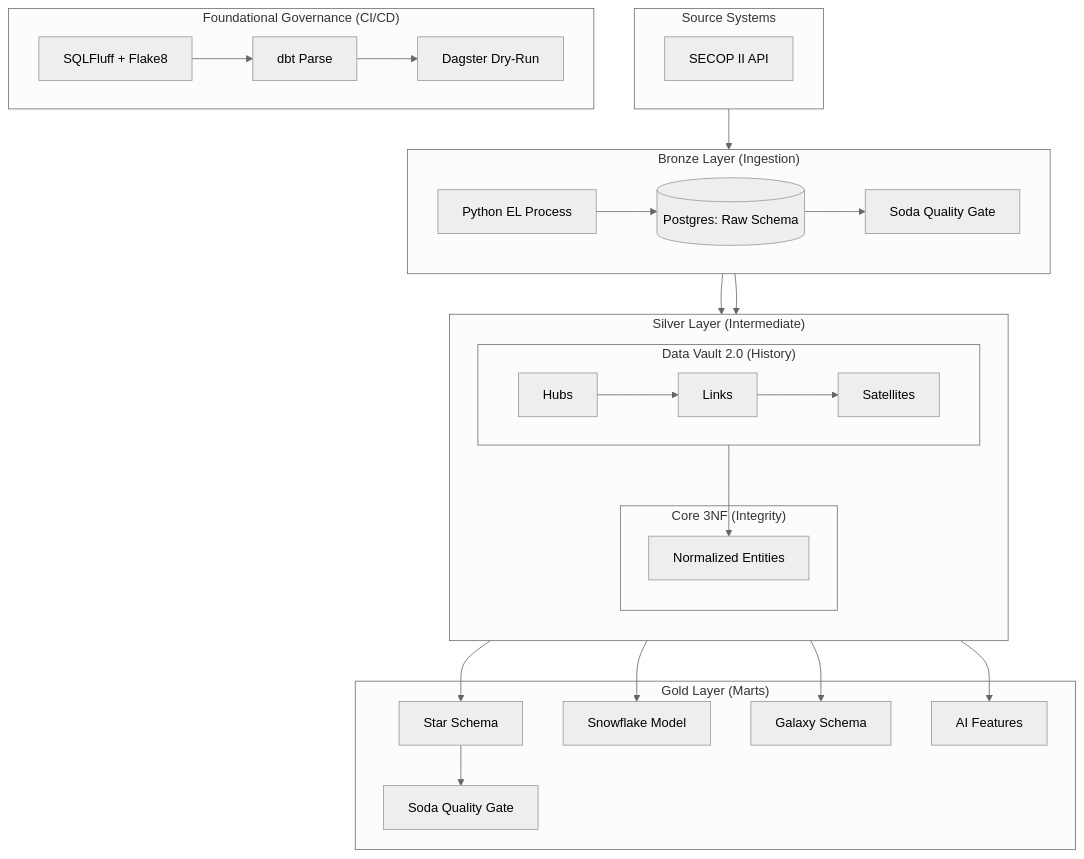
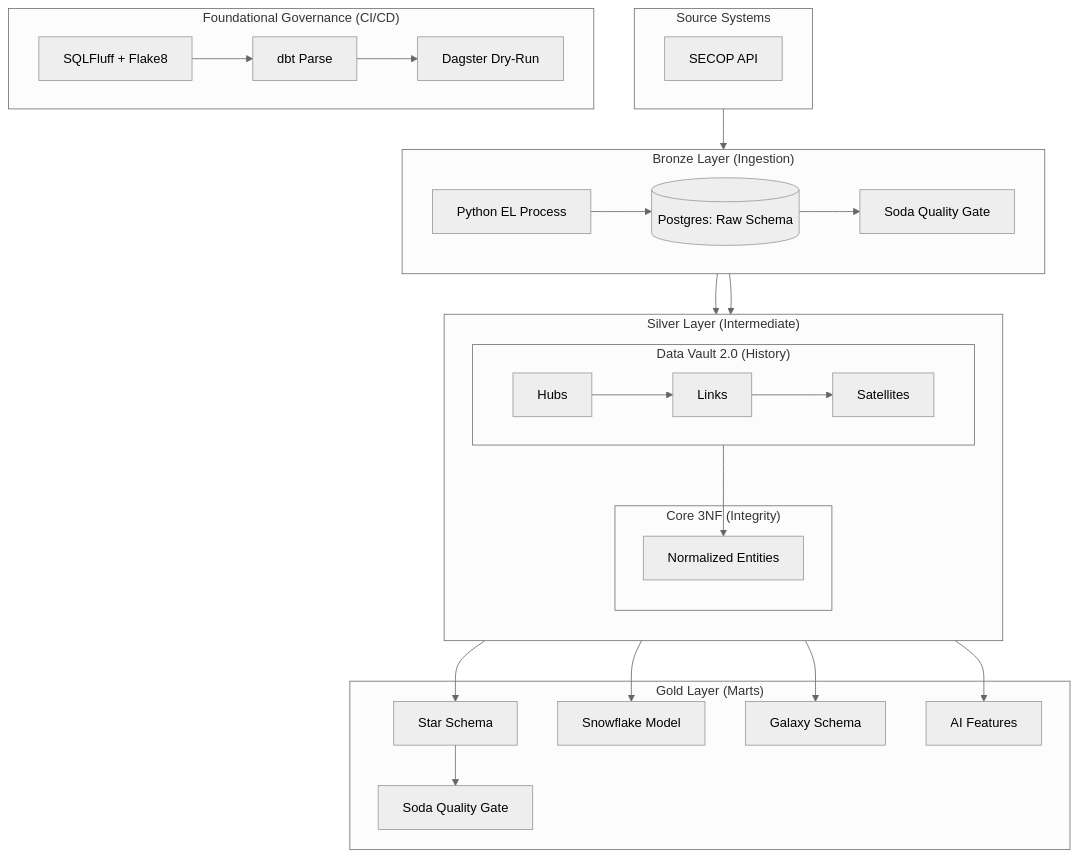
One commit to 26-jorge-01/analytics-modeling-lab changed the diagram in README.md. Above: the diagram before and after it, drawn with Mermaid (neutral theme). The commit also changed 22 other files, not shown here.

Commit message:
feat(er): finalize agency mdm pipeline with triple-lock blocking and safety-net audit

````diff
--- a/README.md
+++ b/README.md
@@ -62,41 +62,41 @@
 ```mermaid
 graph TB
     subgraph SD["Source Systems"]
-        API[SECOP II API]
+        API[SECOP API]
     end
 
     subgraph CI["Foundational Governance (CI/CD)"]
         direction LR
         Lint[SQLFluff + Flake8] --> DP[dbt Parse]
         DP --> DVC[Dagster Dry-Run]
     end
 
     subgraph Bronze["Bronze Layer (Ingestion)"]
         direction LR
         EL[Python EL Process] --> Raw[(Postgres: Raw Schema)]
         Raw --> SodaB[Soda Quality Gate]
     end
 
     subgraph Silver["Silver Layer (Intermediate)"]
         direction TB
         subgraph DV["Data Vault 2.0 (History)"]
             Hubs[Hubs] --> Links[Links] --> Sats[Satellites]
         end
         subgraph Core["Core 3NF (Integrity)"]
             Norm[Normalized Entities]
         end
         DV --> Norm
     end
 
     subgraph Gold["Gold Layer (Marts)"]
         Norm --> Star[Star Schema]
         Norm --> Snow[Snowflake Model]
         Norm --> Gal[Galaxy Schema]
         Norm --> AI[AI Features]
         Star --> SodaG[Soda Quality Gate]
     end
 
     SD --> EL
     SodaB --> DV
     SodaB --> Norm
 ```
````
